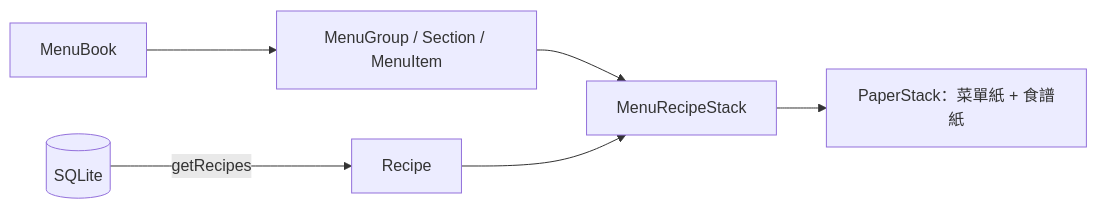
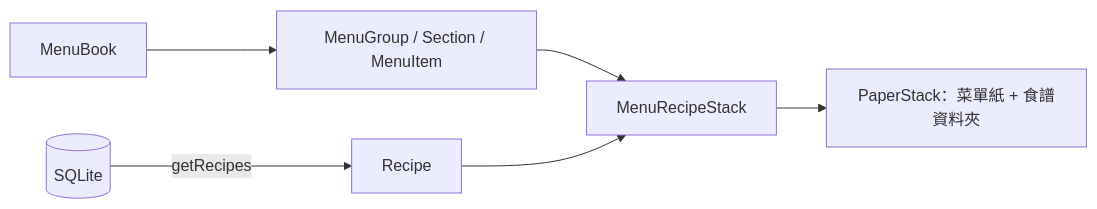
Before and after one commit to piercelin11/epifolio: the first of 2 diagrams in docs/features/paper-stack.md, drawn with Mermaid. The commit also changed other lines of this file and 12 other files, not shown here.

````diff
--- a/docs/features/paper-stack.md
+++ b/docs/features/paper-stack.md
@@ -23,8 +22,8 @@
 ```mermaid
 flowchart LR
     BOOK[MenuBook] --> MENU[MenuGroup / Section / MenuItem]
     DB[(SQLite)] -->|getRecipes| RECIPE[Recipe]
     MENU --> STACK[MenuRecipeStack]
     RECIPE --> STACK
-    STACK --> PS[PaperStack：菜單紙 + 食譜紙]
+    STACK --> PS[PaperStack：菜單紙 + 食譜資料夾]
 ```
````
